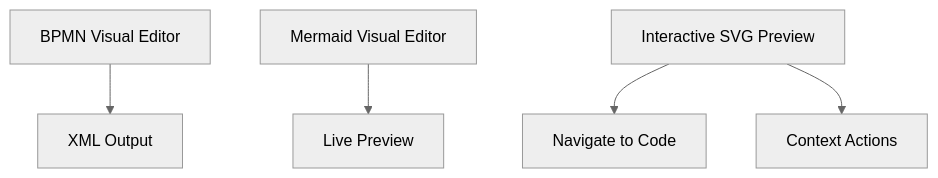
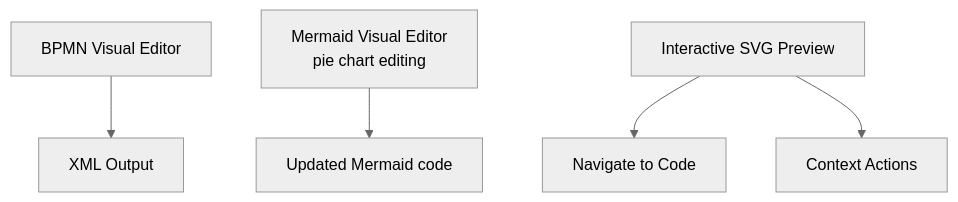
The sixth of 7 diagrams in .qoder/repowiki/en/content/Export and Sharing.md (ongchonghian/universal-diagram-editor), drawn with Mermaid (neutral theme) before and after one commit. The commit also changed other lines of this file and 31 other files, not shown here.

````diff
--- a/.qoder/repowiki/en/content/Export and Sharing.md
+++ b/.qoder/repowiki/en/content/Export and Sharing.md
@@ -182,7 +182,7 @@
 ```mermaid
 graph TB
 BPMN["BPMN Visual Editor"] --> XML["XML Output"]
-Mermaid["Mermaid Visual Editor"] --> Live["Live Preview"]
+Mermaid["Mermaid Visual Editor<br/>pie chart editing"] --> Code["Updated Mermaid code"]
 PlantUML["Interactive SVG Preview"] --> CodeNav["Navigate to Code"]
 PlantUML --> Context["Context Actions"]
 ```
````
